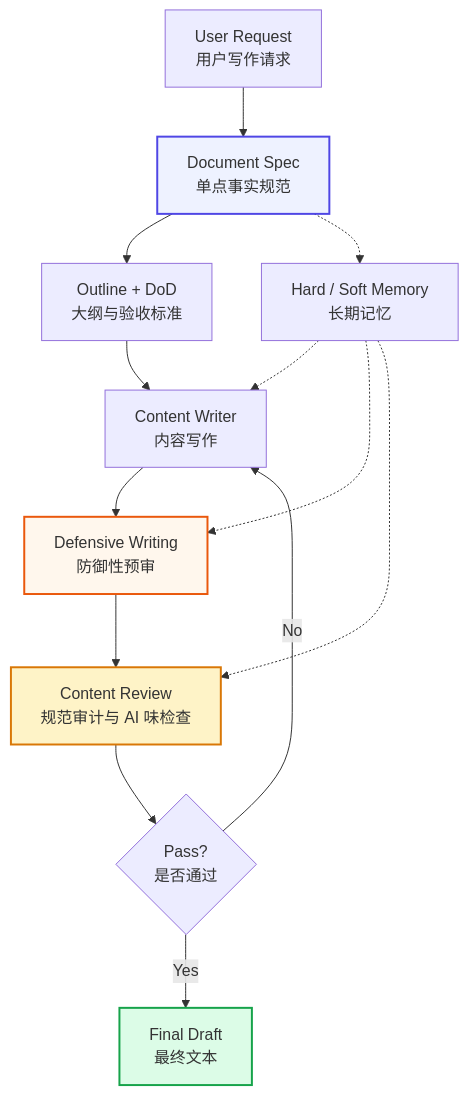
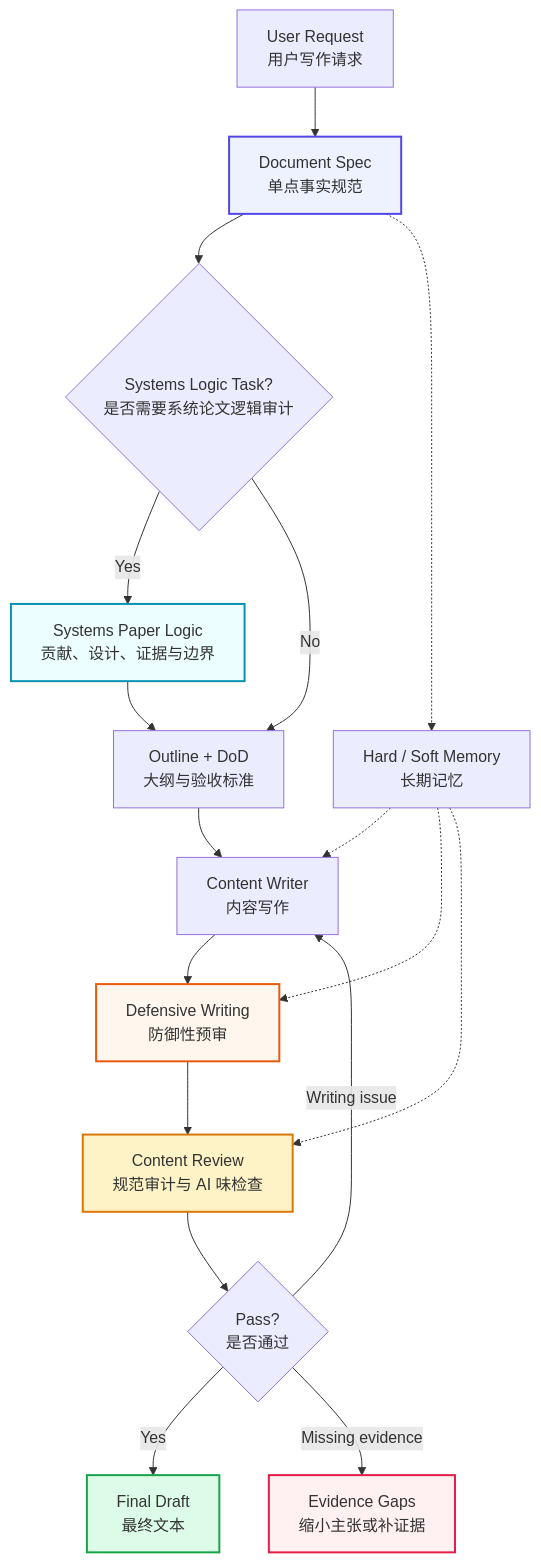
The first of 3 diagrams in README.md (donghuixin/AI-Vibe-Writing-Skills), drawn with Mermaid before and after one commit. The commit also changed other lines of this file and 19 other files, not shown here.

Commit message:
feat: add evidence-driven MobiCom and SenSys writing logic

````diff
--- a/README.md
+++ b/README.md
@@ -82,21 +96,27 @@
 ```mermaid
 flowchart TD
     A["User Request<br/>用户写作请求"] --> B["Document Spec<br/>单点事实规范"]
-    B --> C["Outline + DoD<br/>大纲与验收标准"]
+    B --> Q{"Systems Logic Task?<br/>是否需要系统论文逻辑审计"}
+    Q -->|Yes| L["Systems Paper Logic<br/>贡献、设计、证据与边界"]
+    Q -->|No| C["Outline + DoD<br/>大纲与验收标准"]
+    L --> C
     C --> D["Content Writer<br/>内容写作"]
     D --> E["Defensive Writing<br/>防御性预审"]
     E --> F["Content Review<br/>规范审计与 AI 味检查"]
     F --> G{"Pass?<br/>是否通过"}
     G -->|Yes| H["Final Draft<br/>最终文本"]
-    G -->|No| D
+    G -->|Writing issue| D
+    G -->|Missing evidence| X["Evidence Gaps<br/>缩小主张或补证据"]
 
     B -.-> M["Hard / Soft Memory<br/>长期记忆"]
     M -.-> D
     M -.-> E
     M -.-> F
 
     style B fill:#eef2ff,stroke:#4f46e5,stroke-width:2px
     style E fill:#fff7ed,stroke:#ea580c,stroke-width:2px
     style F fill:#fef3c7,stroke:#d97706,stroke-width:2px
     style H fill:#dcfce7,stroke:#16a34a,stroke-width:2px
+    style L fill:#ecfeff,stroke:#0891b2,stroke-width:2px
+    style X fill:#fff1f2,stroke:#e11d48,stroke-width:2px
 ```
````
